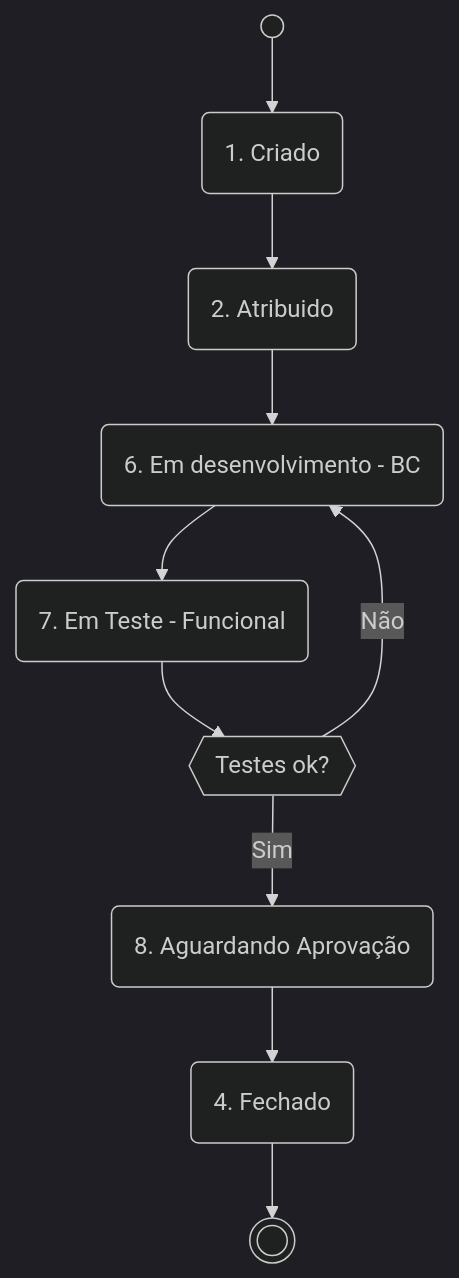
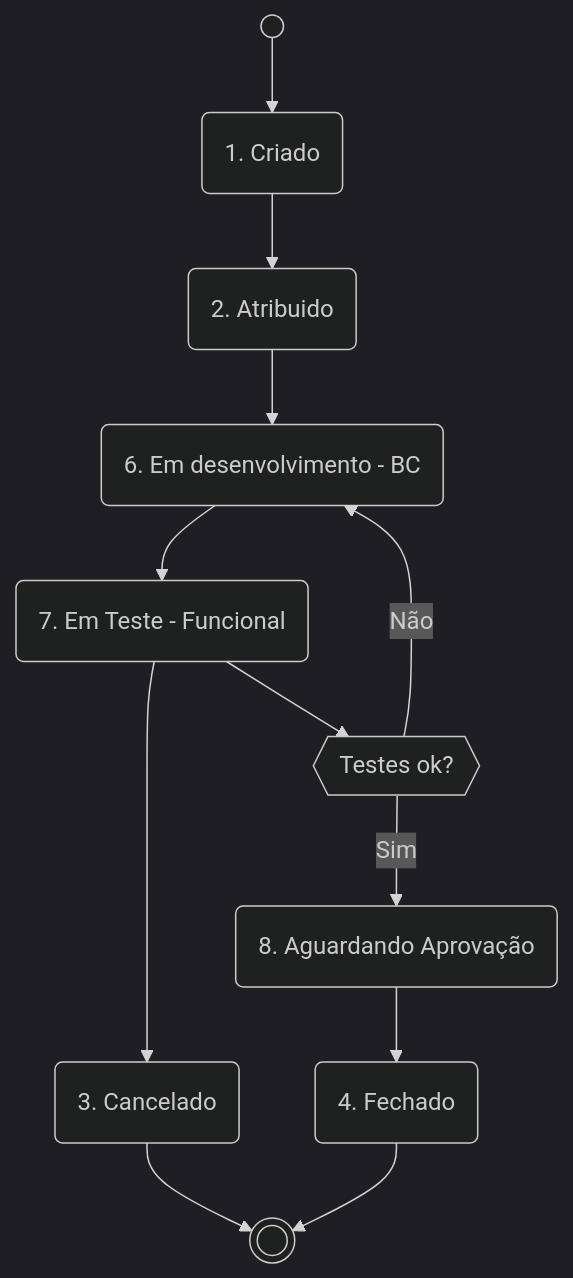
Before and after one commit to edmilson-nascimento/Quermesse: the second of 3 diagrams in README.md, drawn with Mermaid (dark theme).

````diff
--- a/README.md
+++ b/README.md
@@ -69,18 +69,20 @@
 ```mermaid
 flowchart TD
     start((" ")) --> Q1
     Q1(1. Criado) --> Q2(2. Atribuido)
     Q2 --> Desenvolvimento-BC
     Desenvolvimento-BC(6. Em desenvolvimento - BC) --> Q4(7. Em Teste - Funcional)
 
-%%  Desenvolvimento-BC --> Q6(Case SAP criado)
+%%  saida de cancelamento
+    Q4 --> Q3(3. Cancelado)
+    Q3 --> End(((" ")))
 
 
     Q4 --> QQ{{Testes ok?}}
     QQ -- Sim --> Q5(8. Aguardando Aprovação)
     QQ -- Não --> Desenvolvimento-BC
 %%  Desenvolvimento-BC --> Q6(Case SAP criado)
 %%  Q6 --> Q4
     Q5 --> Q9(4. Fechado)
     Q9 --> End(((" ")))
 ```
````
